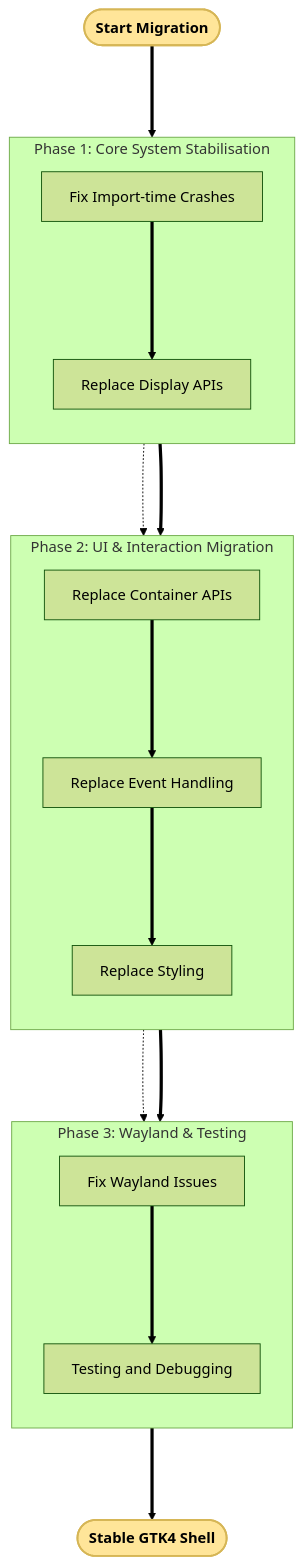
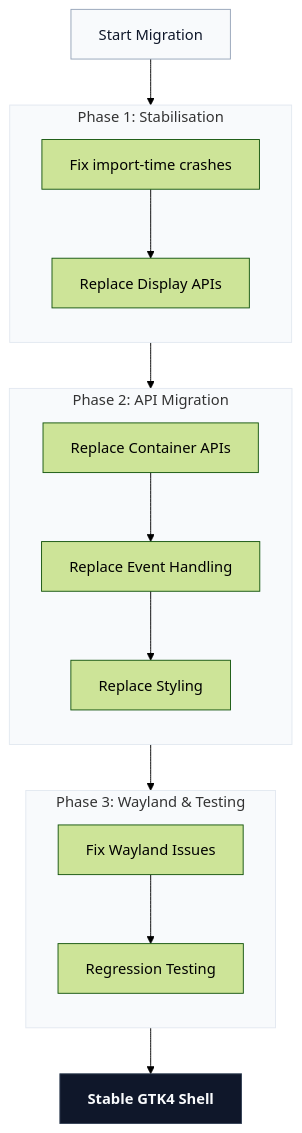
Before and after one commit to Dev10-sys/sugar-proposal-gtk: the seventh of 11 diagrams in proposal.md, drawn with Mermaid (forest theme). The commit also changed other lines of this file, not shown here.

Commit message:
Refine diagram styles and formatting in proposal.md

````diff
--- a/proposal.md
+++ b/proposal.md
@@ -478,39 +483,39 @@
 ```mermaid
 flowchart TD
-    Start(["Start Migration"])
+    Start["Start Migration"]
 
-    subgraph CoreStabilisation ["Phase 1: Core System Stabilisation"]
+    subgraph P1 ["Phase 1: Stabilisation"]
         direction TB
-        A["Fix Import-time Crashes"]
+        A["Fix import-time crashes"]
         B["Replace Display APIs"]
+        A --> B
     end
 
-    subgraph APIMigration ["Phase 2: UI & Interaction Migration"]
+    subgraph P2 ["Phase 2: API Migration"]
         direction TB
         C["Replace Container APIs"]
         D["Replace Event Handling"]
         E["Replace Styling"]
+        C --> D --> E
     end
 
-    subgraph WaylandCompat ["Phase 3: Wayland & Testing"]
+    subgraph P3 ["Phase 3: Wayland & Testing"]
         direction TB
         F["Fix Wayland Issues"]
-        G["Testing and Debugging"]
+        G["Regression Testing"]
+        F --> G
     end
 
-    H(["Stable GTK4 Shell"])
+    Done["Stable GTK4 Shell"]
 
-    Start ===> CoreStabilisation
-    A ===> B
-    CoreStabilisation ===> APIMigration
-    B -.-> C
-    C ===> D
-    D ===> E
-    APIMigration ===> WaylandCompat
-    E -.-> F
-    F ===> G
-    WaylandCompat ===> H
+    Start --> P1
+    P1 --> P2
+    P2 --> P3
+    P3 --> Done
 
-    style Start fill:#ffe599,stroke:#d6b656,stroke-width:2px,color:#000000,font-weight:bold
-    style H fill:#ffe599,stroke:#d6b656,stroke-width:2px,color:#000000,font-weight:bold
+    style Start fill:#f8fafc,stroke:#94a3b8,color:#0f172a
+    style Done fill:#0f172a,stroke:#334155,color:#f8fafc,font-weight:bold
+    style P1 fill:#f8fafc,stroke:#e2e8f0
+    style P2 fill:#f8fafc,stroke:#e2e8f0
+    style P3 fill:#f8fafc,stroke:#e2e8f0
 ```
````
